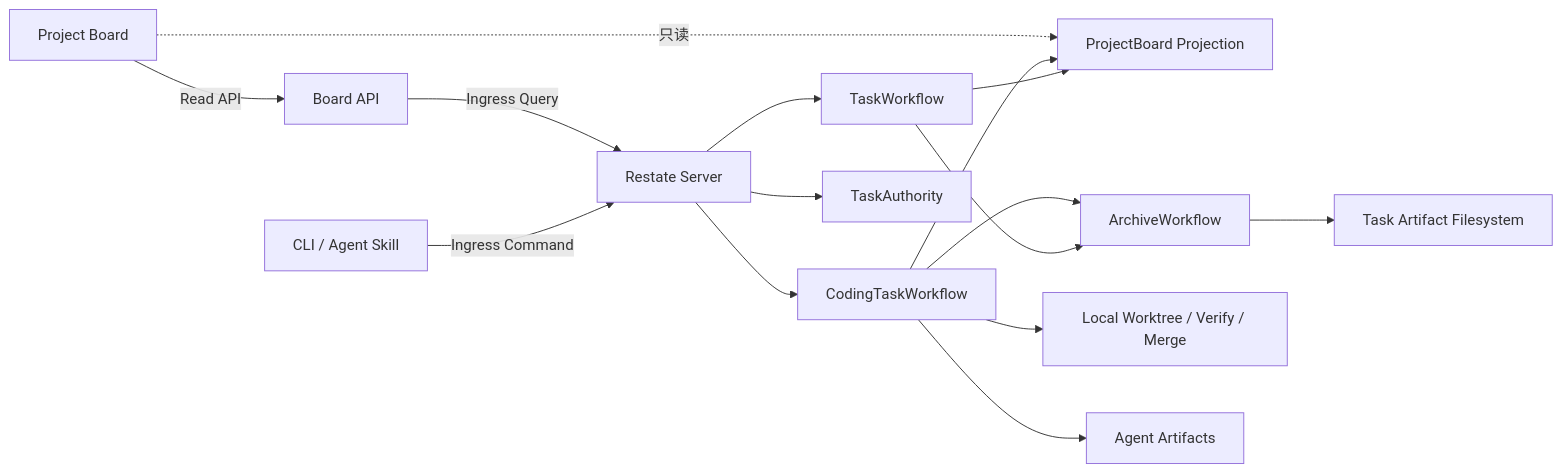
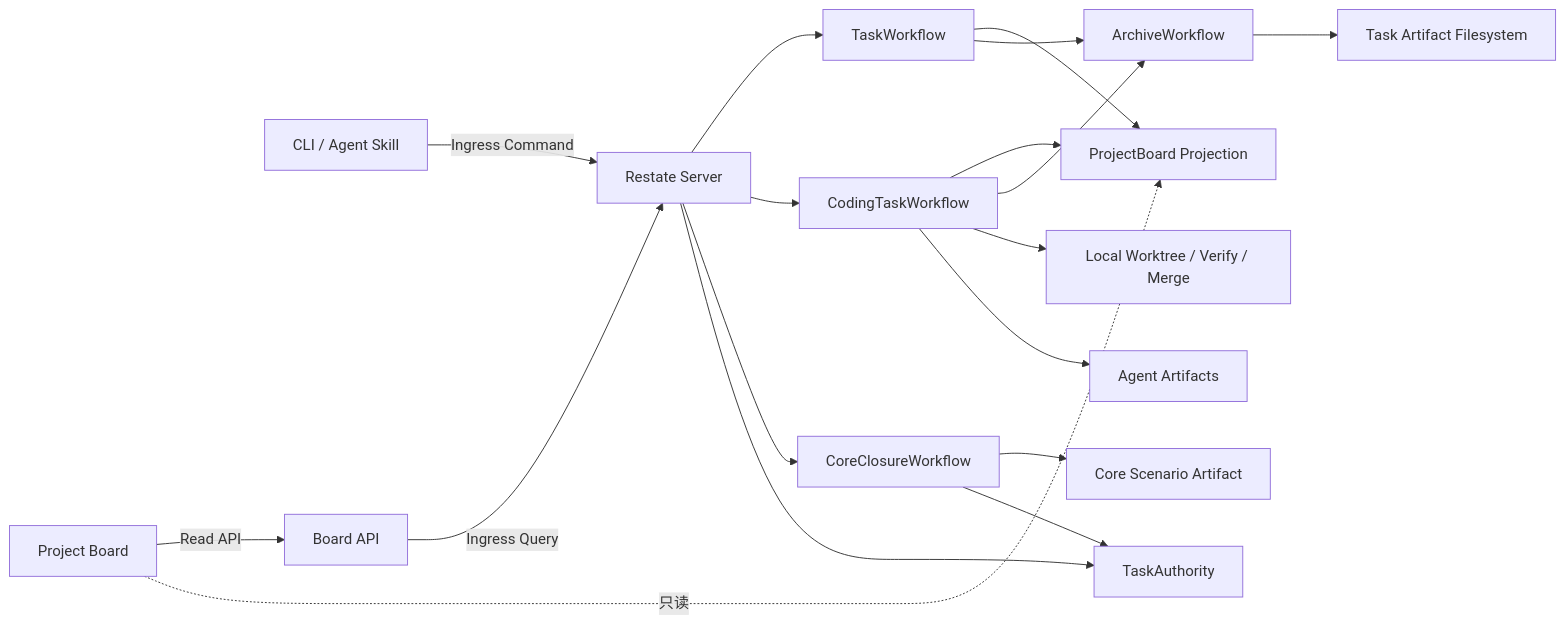
Before and after one commit to xxy2000s/moye: the diagram in docs/knowledge/current/architecture/poc-01-restate.md, drawn with Mermaid. The commit also changed other lines of this file and 26 other files, not shown here.

Commit message:
feat(core): close multi-agent workflow outcomes

````diff
--- a/docs/knowledge/current/architecture/poc-01-restate.md
+++ b/docs/knowledge/current/architecture/poc-01-restate.md
@@ -31,17 +32,20 @@
 ```mermaid
 flowchart LR
     CLI[CLI / Agent Skill] -->|Ingress Command| RS[Restate Server]
     UI[Project Board] -->|Read API| BA[Board API]
     BA -->|Ingress Query| RS
     RS --> TW[TaskWorkflow]
     RS --> CW[CodingTaskWorkflow]
+    RS --> CCW[CoreClosureWorkflow]
     RS --> TA[TaskAuthority]
     TW --> PW[ProjectBoard Projection]
     TW --> AW[ArchiveWorkflow]
     CW --> PW
     CW --> AW
     AW --> FS[Task Artifact Filesystem]
     CW --> GIT[Local Worktree / Verify / Merge]
     CW --> AA[Agent Artifacts]
+    CCW --> CA[Core Scenario Artifact]
+    CCW --> TA
     UI -.只读.-> PW
 ```
````
